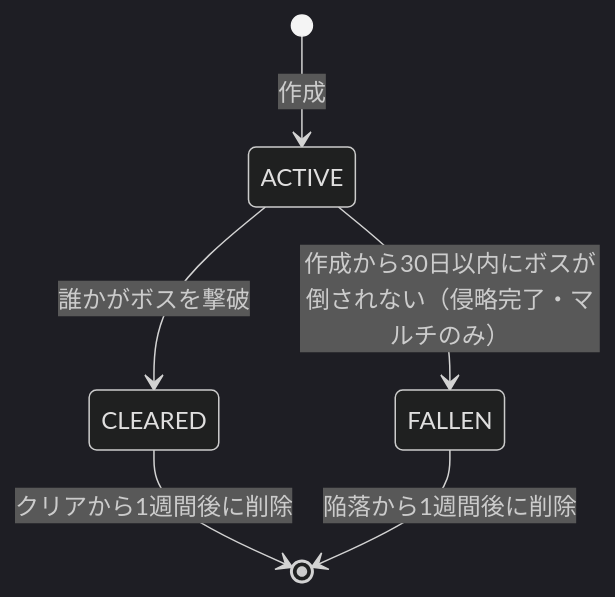
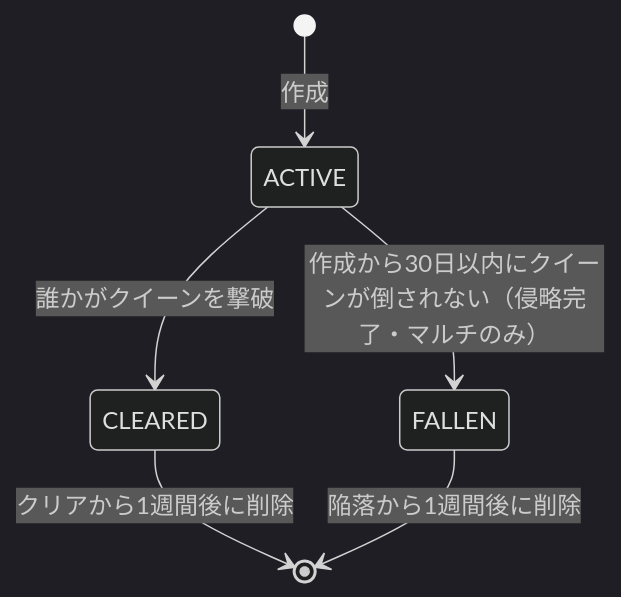
The diagram in docs/02_機能仕様書.md (HasegawaTakatune/Relay-Resistance), drawn with Mermaid (dark theme) before and after one commit. The commit also changed other lines of this file and 5 other files, not shown here.

````diff
--- a/docs/02_機能仕様書.md
+++ b/docs/02_機能仕様書.md
@@ -97,8 +106,8 @@
 ```mermaid
 stateDiagram-v2
     [*] --> ACTIVE: 作成
-    ACTIVE --> CLEARED: 誰かがボスを撃破
-    ACTIVE --> FALLEN: 作成から30日以内にボスが倒されない（侵略完了・マルチのみ）
+    ACTIVE --> CLEARED: 誰かがクイーンを撃破
+    ACTIVE --> FALLEN: 作成から30日以内にクイーンが倒されない（侵略完了・マルチのみ）
     CLEARED --> [*]: クリアから1週間後に削除
     FALLEN --> [*]: 陥落から1週間後に削除
 ```
````
